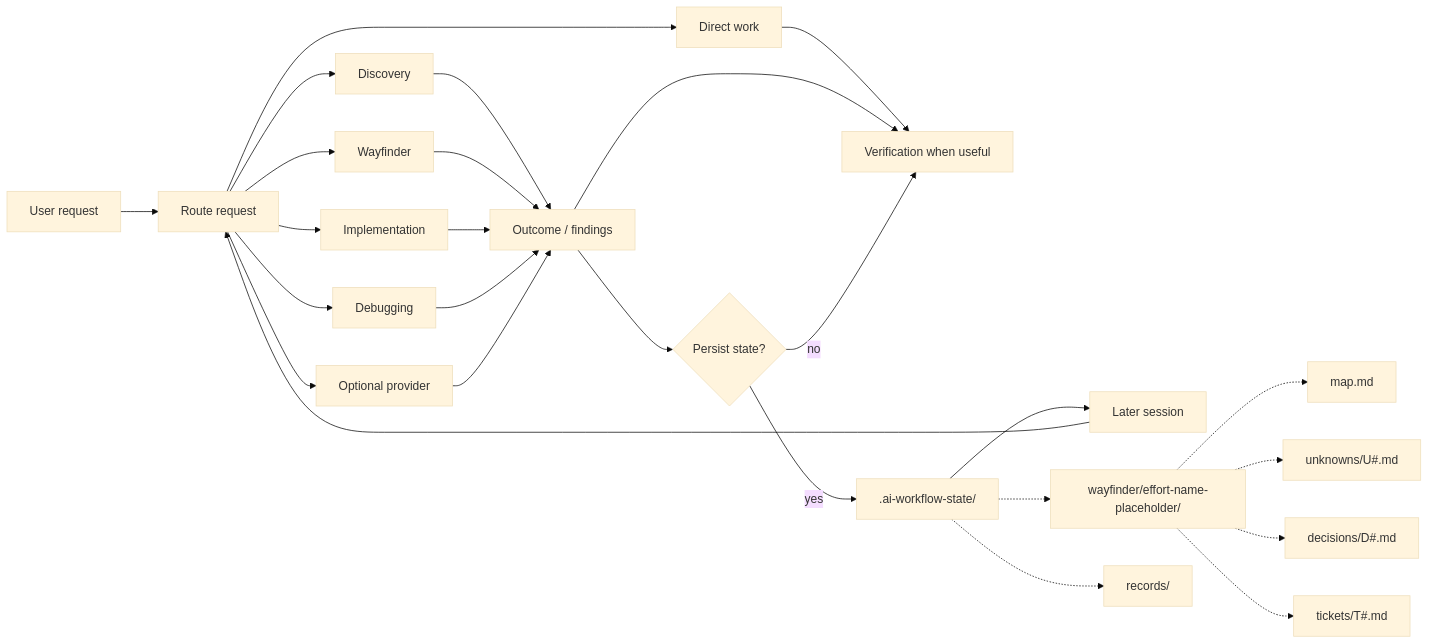
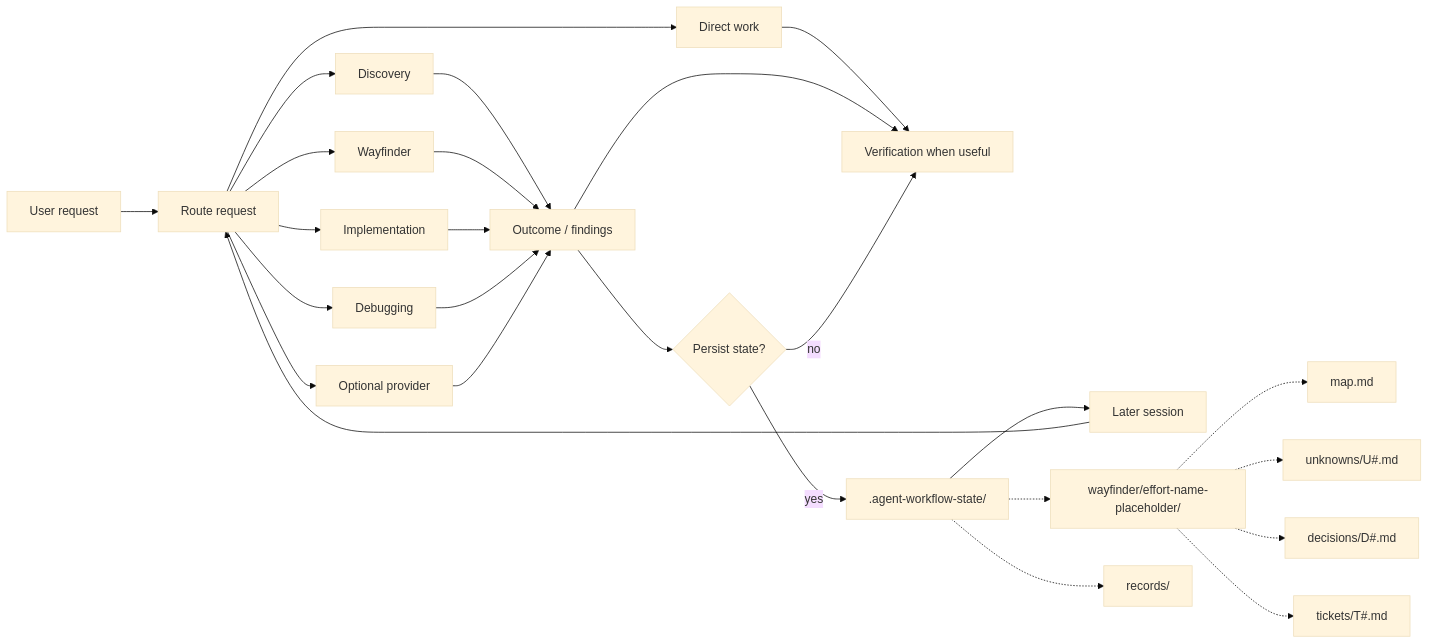
The diagram in README.md (jimmfan/agentic-workflow), drawn with Mermaid (base theme) before and after one commit. The commit also changed other lines of this file and 114 other files, not shown here.

````diff
--- a/README.md
+++ b/README.md
@@ -48,35 +48,35 @@
 ```mermaid
 flowchart LR
     request["User request"] --> router["Route request"]
 
     router --> direct["Direct work"]
     router --> discovery["Discovery"]
     router --> wayfinder["Wayfinder"]
     router --> implementation["Implementation"]
     router --> debugging["Debugging"]
     router --> provider["Optional provider"]
 
     discovery --> result["Outcome / findings"]
     wayfinder --> result
     implementation --> result
     debugging --> result
     provider --> result
 
     direct --> verify["Verification when useful"]
     result --> verify
 
     result --> durable{"Persist state?"}
     durable -->|no| verify
-    durable -->|yes| state[".ai-workflow-state/"]
+    durable -->|yes| state[".agent-workflow-state/"]
 
     state --> resume["Later session"]
     resume --> router
 
     state -.-> wfstate["wayfinder/effort-name-placeholder/"]
     wfstate -.-> map["map.md"]
     wfstate -.-> unknowns["unknowns/U#.md"]
     wfstate -.-> decisions["decisions/D#.md"]
     wfstate -.-> tickets["tickets/T#.md"]
 
     state -.-> records["records/"]
 ```
````
